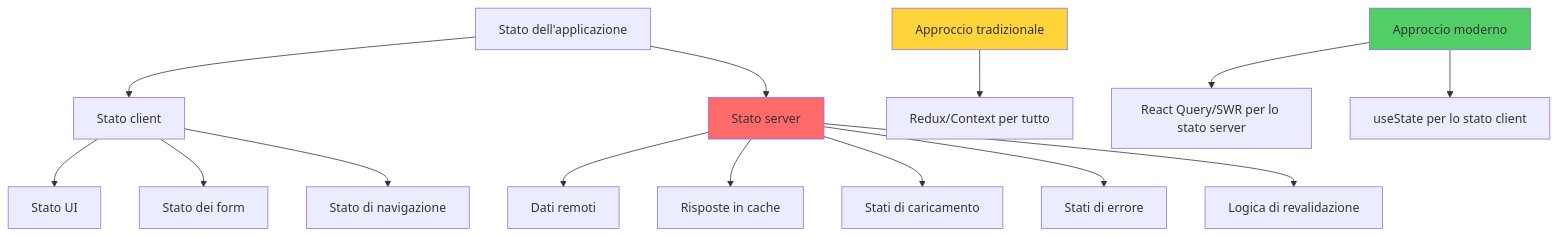
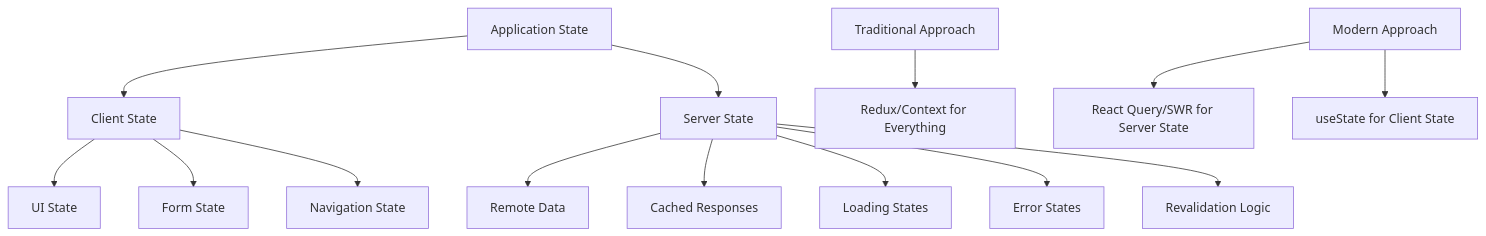
The first of 6 diagrams in arguments/chapters/it/07-data-fetching.md (BabaScience/react-guides), drawn with Mermaid before and after one commit. The commit also changed other lines of this file and 29 other files, not shown here.

First line of the commit message:
Bring React FR/IT translations to full English parity + theme-safe diagrams

````diff
--- a/arguments/chapters/it/07-data-fetching.md
+++ b/arguments/chapters/it/07-data-fetching.md
@@ -20,23 +28,20 @@
 ```mermaid
 graph TD
-    A["Stato dell'applicazione"] --> B["Stato client"]
-    A --> C["Stato server"]
-
-    B --> B1["Stato UI"]
-    B --> B2["Stato dei form"]
-    B --> B3["Stato di navigazione"]
-
-    C --> C1["Dati remoti"]
-    C --> C2["Risposte in cache"]
-    C --> C3["Stati di caricamento"]
-    C --> C4["Stati di errore"]
-    C --> C5["Logica di revalidazione"]
-
-    D["Approccio tradizionale"] --> E["Redux/Context per tutto"]
-    F["Approccio moderno"] --> G["React Query/SWR per lo stato server"]
-    F --> H["useState per lo stato client"]
-
-    style C fill:#ff6b6b
-    style F fill:#51cf66
-    style D fill:#ffd43b
+    A[Application State] --> B[Client State]
+    A --> C[Server State]
+    
+    B --> B1[UI State]
+    B --> B2[Form State]
+    B --> B3[Navigation State]
+    
+    C --> C1[Remote Data]
+    C --> C2[Cached Responses]
+    C --> C3[Loading States]
+    C --> C4[Error States]
+    C --> C5[Revalidation Logic]
+    
+    D[Traditional Approach] --> E[Redux/Context for Everything]
+    F[Modern Approach] --> G[React Query/SWR for Server State]
+    F --> H[useState for Client State]
+    
 ```
````
